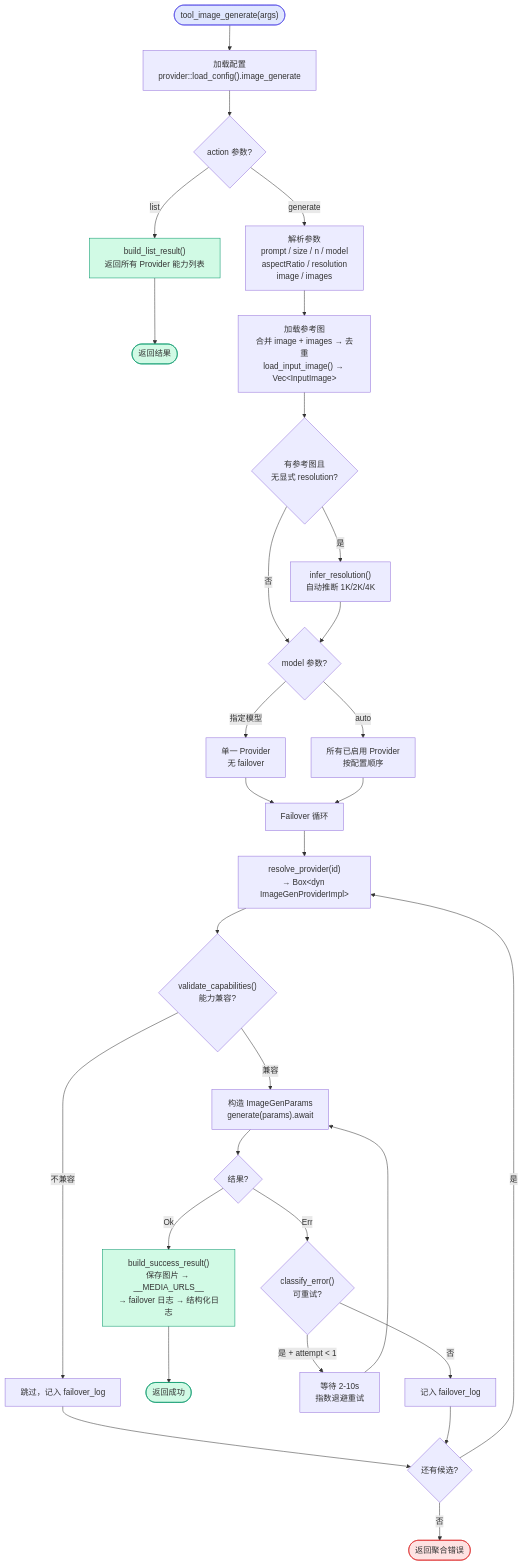
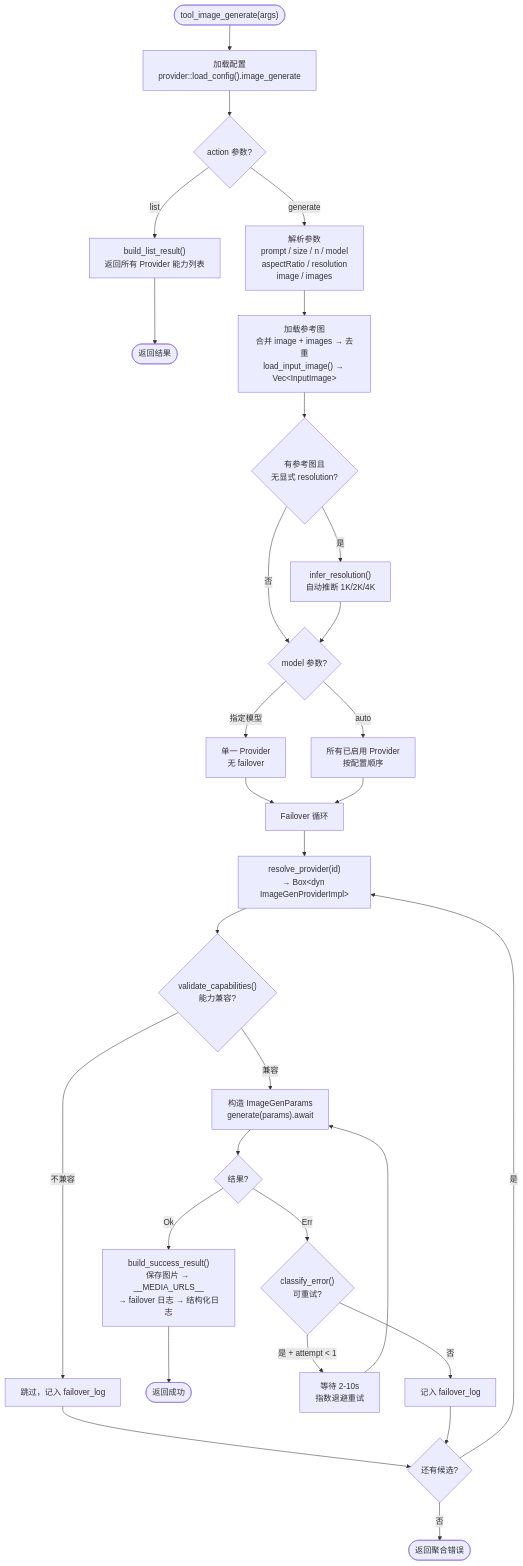
The second of 11 diagrams in docs/architecture/image-generation.md (shiwenwen/hope-agent), drawn with Mermaid before and after one commit. The commit also changed other lines of this file and 13 other files, not shown here.

First line of the commit message:
docs: 移除 mermaid 图表中的自定义背景色填充

````diff
--- a/docs/architecture/image-generation.md
+++ b/docs/architecture/image-generation.md
@@ -163,46 +160,40 @@
 ```mermaid
 flowchart TD
     START(["tool_image_generate(args)"]) --> LOAD["加载配置<br/>provider::load_config().image_generate"]
     LOAD --> ACTION{"action 参数?"}
 
     ACTION -- "list" --> LIST["build_list_result()<br/>返回所有 Provider 能力列表"]
     LIST --> RETURN_LIST(["返回结果"])
 
     ACTION -- "generate" --> PARSE["解析参数<br/>prompt / size / n / model<br/>aspectRatio / resolution<br/>image / images"]
     PARSE --> LOAD_IMG["加载参考图<br/>合并 image + images → 去重<br/>load_input_image() → Vec&lt;InputImage&gt;"]
     LOAD_IMG --> INFER{"有参考图且<br/>无显式 resolution?"}
     INFER -- "是" --> AUTO_RES["infer_resolution()<br/>自动推断 1K/2K/4K"]
     INFER -- "否" --> BUILD_CAND
     AUTO_RES --> BUILD_CAND
 
     BUILD_CAND{"model 参数?"}
     BUILD_CAND -- "指定模型" --> SINGLE["单一 Provider<br/>无 failover"]
     BUILD_CAND -- "auto" --> ALL["所有已启用 Provider<br/>按配置顺序"]
     SINGLE --> LOOP
     ALL --> LOOP
 
     LOOP["Failover 循环"] --> RESOLVE["resolve_provider(id)<br/>→ Box&lt;dyn ImageGenProviderImpl&gt;"]
     RESOLVE --> VALIDATE{"validate_capabilities()<br/>能力兼容?"}
     VALIDATE -- "不兼容" --> SKIP["跳过，记入 failover_log"]
     SKIP --> NEXT_P{"还有候选?"}
     NEXT_P -- "是" --> RESOLVE
     NEXT_P -- "否" --> FAIL(["返回聚合错误"])
 
     VALIDATE -- "兼容" --> GEN["构造 ImageGenParams<br/>generate(params).await"]
     GEN --> RESULT{"结果?"}
     RESULT -- "Ok" --> SUCCESS["build_success_result()<br/>保存图片 → __MEDIA_URLS__<br/>→ failover 日志 → 结构化日志"]
     SUCCESS --> RETURN_OK(["返回成功"])
 
     RESULT -- "Err" --> CLASSIFY{"classify_error()<br/>可重试?"}
     CLASSIFY -- "是 + attempt < 1" --> RETRY["等待 2-10s<br/>指数退避重试"]
     RETRY --> GEN
     CLASSIFY -- "否" --> LOG_ERR["记入 failover_log"]
     LOG_ERR --> NEXT_P
 
-    style START fill:#e0e7ff,stroke:#4f46e5
-    style LIST fill:#d1fae5,stroke:#059669
-    style SUCCESS fill:#d1fae5,stroke:#059669
-    style FAIL fill:#fee2e2,stroke:#dc2626
-    style RETURN_LIST fill:#d1fae5,stroke:#059669
-    style RETURN_OK fill:#d1fae5,stroke:#059669
 ```
````
